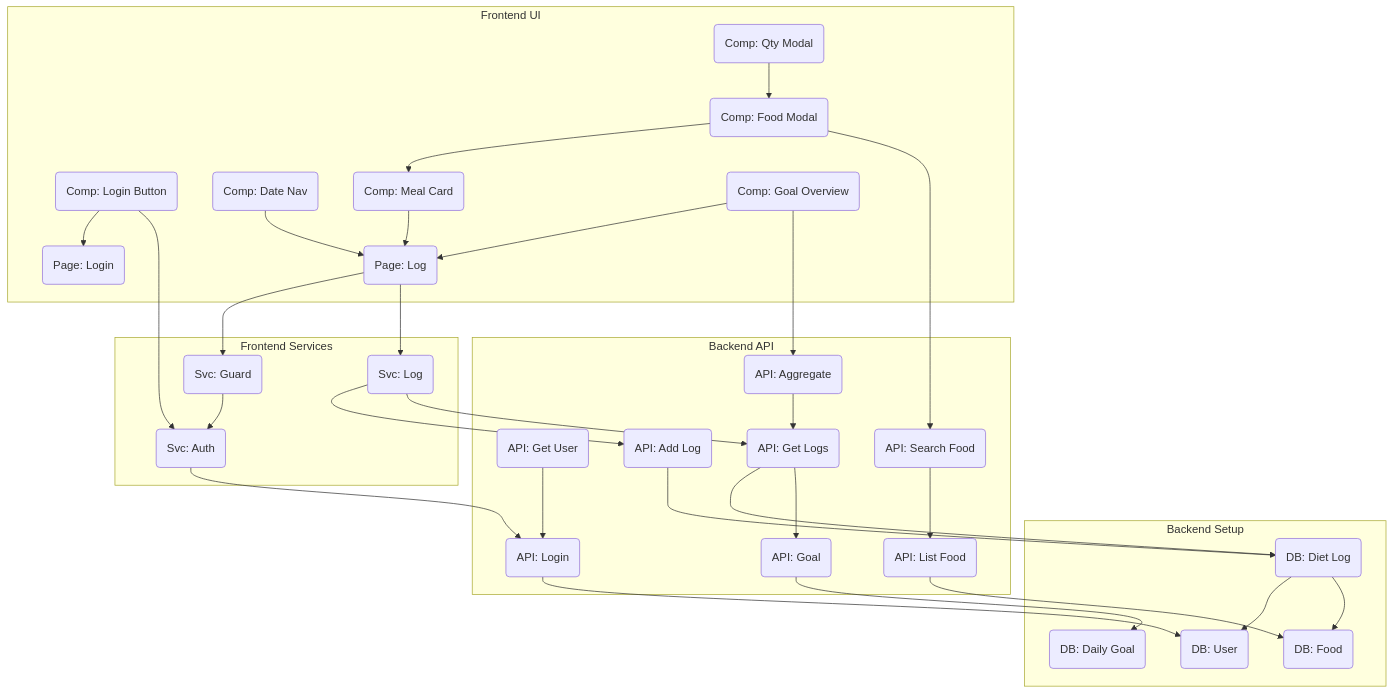
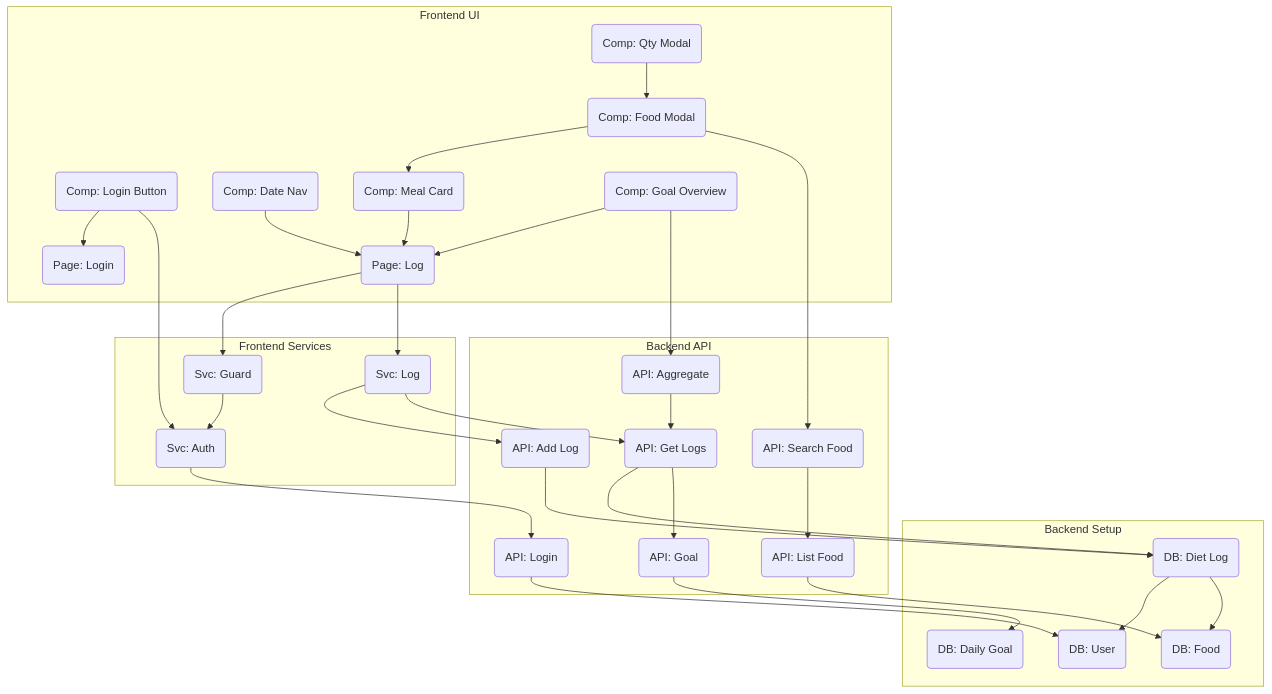
The diagram in docs/pj_docs/02_需求原子化拆分.md (luoluodian/gemini_fit_cycle), drawn with Mermaid before and after one commit. The commit also changed other lines of this file and 20 other files, not shown here.

Commit message:
feat(auth): 实现微信登录认证接口 (#U-1) & fix(user): 修复 UserService 缺失方法

````diff
--- a/docs/pj_docs/02_需求原子化拆分.md
+++ b/docs/pj_docs/02_需求原子化拆分.md
@@ -103,39 +104,38 @@
 ```mermaid
 graph TD
     subgraph "Backend Setup"
         U-9(DB: User)
         F-4(DB: Food)
         L-1(DB: Diet Log)
         A-1(DB: Daily Goal)
     end
 
     subgraph "Backend API"
         U-1(API: Login) --> U-9
-        U-2(API: Get User) --> U-1
         F-1(API: List Food) --> F-4
         F-2(API: Search Food) --> F-1
         A-2(API: Goal) --> A-1
         L-2(API: Add Log) --> L-1
         L-3(API: Get Logs) --> L-1 & A-2
         A-3(API: Aggregate) --> L-3
     end
 
     subgraph "Frontend Services"
-        U-3(Svc: Auth) --> U-1
-        U-6(Svc: Guard) --> U-3
+        U-2(Svc: Auth) --> U-1
+        U-5(Svc: Guard) --> U-2
         L-11(Svc: Log) --> L-2 & L-3
     end
     
     subgraph "Frontend UI"
-        U-4(Page: Login)
-        U-5(Comp: Login Button) --> U-4 & U-3
-        L-6(Page: Log) --> U-6 & L-11
+        U-3(Page: Login)
+        U-4(Comp: Login Button) --> U-3 & U-2
+        L-6(Page: Log) --> U-5 & L-11
         L-7(Comp: Date Nav) --> L-6
         L-8(Comp: Meal Card) --> L-6
         A-4(Comp: Goal Overview) --> L-6 & A-3
         L-9(Comp: Food Modal) --> L-8 & F-2
         L-10(Comp: Qty Modal) --> L-9
     end
 
     L-1 --> U-9 & F-4
 ```
````
